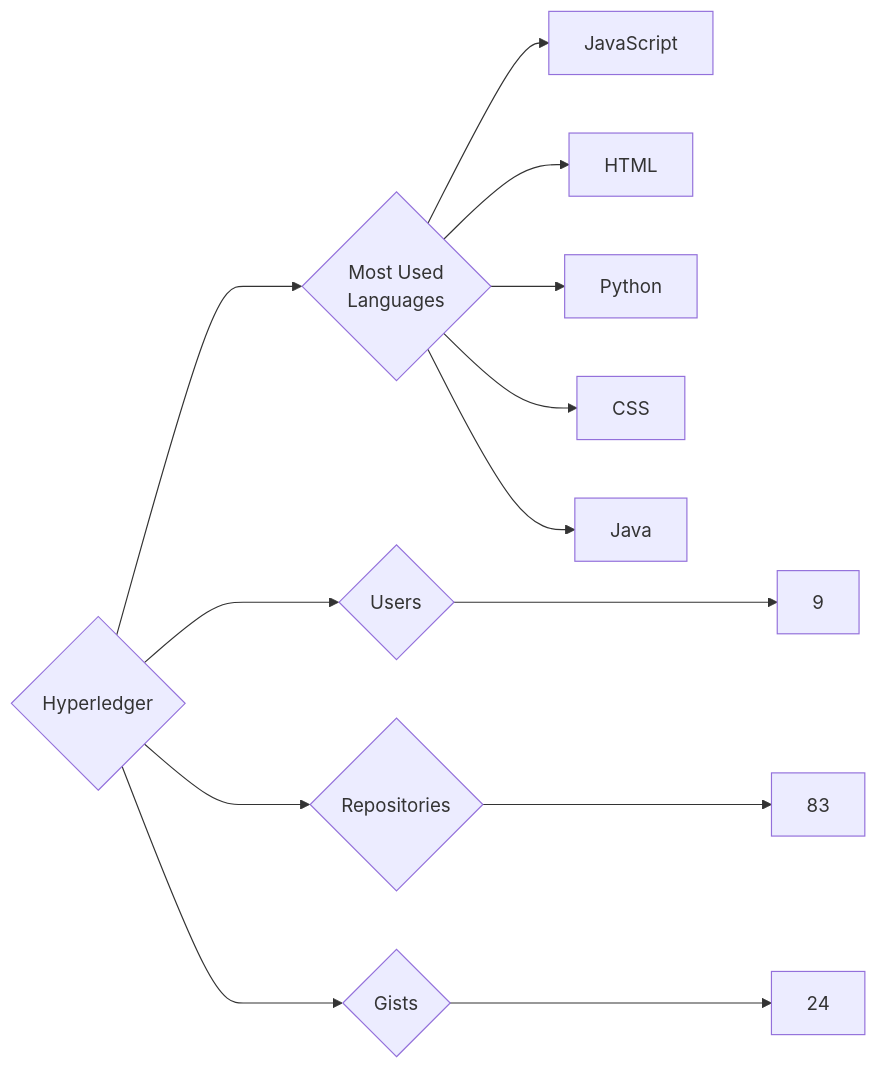
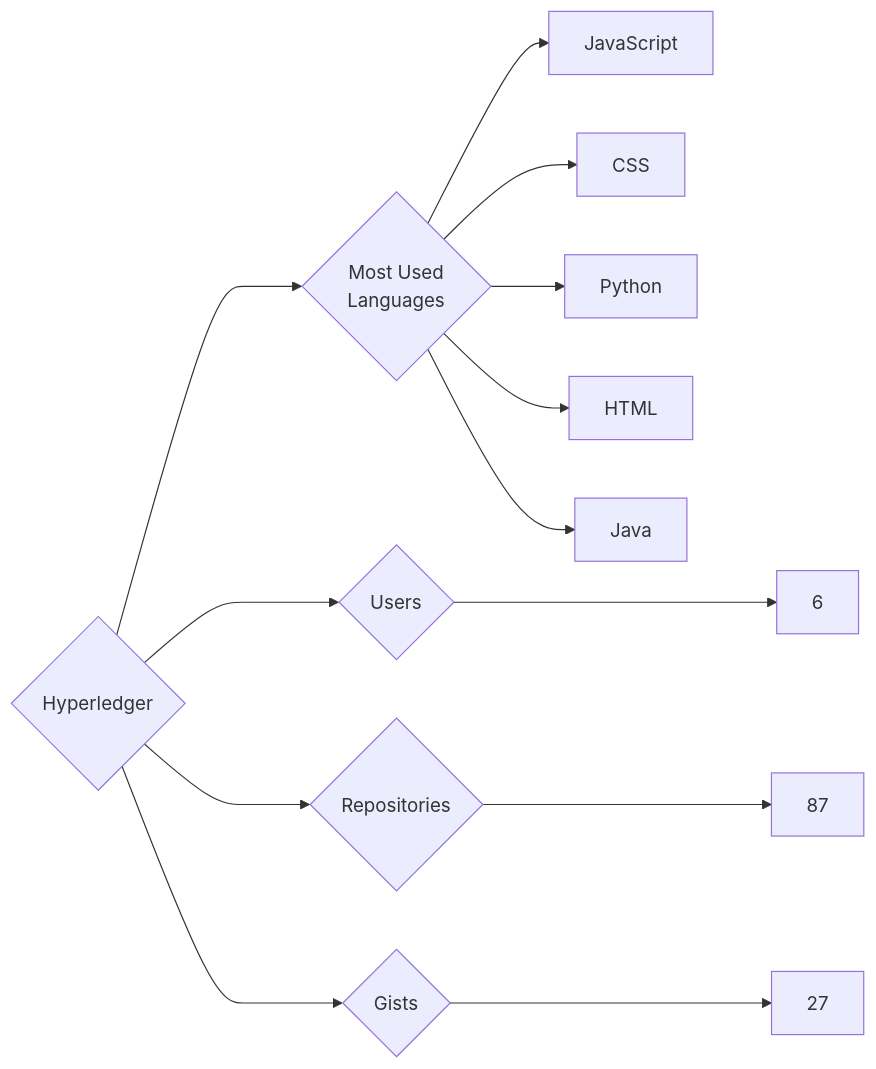
The diagram in targets/Hyperledger/README.md (trickest/insiders), drawn with Mermaid before and after one commit. The commit also changed 1166 other files, not shown here.

````diff
--- a/targets/Hyperledger/README.md
+++ b/targets/Hyperledger/README.md
@@ -3,13 +3,13 @@
 ```mermaid
 graph LR
 COMPANY_NAME{Hyperledger}
-COMPANY_NAME ---> U{Users} ---> UN[9]
-COMPANY_NAME ---> R{Repositories} ---> RN[83]
-COMPANY_NAME ---> G{Gists} ---> GN[24]
+COMPANY_NAME ---> U{Users} ---> UN[6]
+COMPANY_NAME ---> R{Repositories} ---> RN[87]
+COMPANY_NAME ---> G{Gists} ---> GN[27]
 COMPANY_NAME ---> ML{Most Used<br>Languages}
 ML --> JavaScript[JavaScript]
+ML --> CSS[CSS]
+ML --> Python[Python]
 ML --> HTML[HTML]
-ML --> Python[Python]
-ML --> CSS[CSS]
 ML --> Java[Java]
 ```
````
